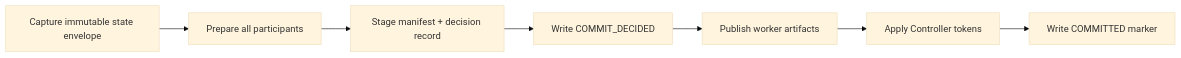
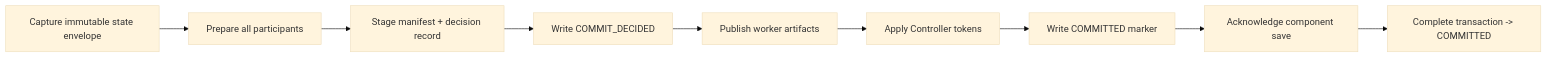
Before and after one commit to diaosj/fluxway: the second of 2 diagrams in docs/checkpoint.md, drawn with Mermaid (base theme). The commit also changed other lines of this file and 170 other files, not shown here.

````diff
--- a/docs/checkpoint.md
+++ b/docs/checkpoint.md
@@ -103,9 +120,11 @@
 ```mermaid
 flowchart LR
     A[Capture immutable state envelope] --> B[Prepare all participants]
     B --> C[Stage manifest + decision record]
     C --> D[Write COMMIT_DECIDED]
     D --> E[Publish worker artifacts]
     E --> F[Apply Controller tokens]
     F --> G[Write COMMITTED marker]
+    G --> H[Acknowledge component save]
+    H --> I[Complete transaction -> COMMITTED]
 ```
````
